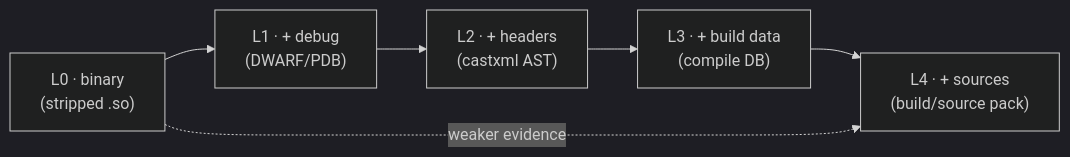
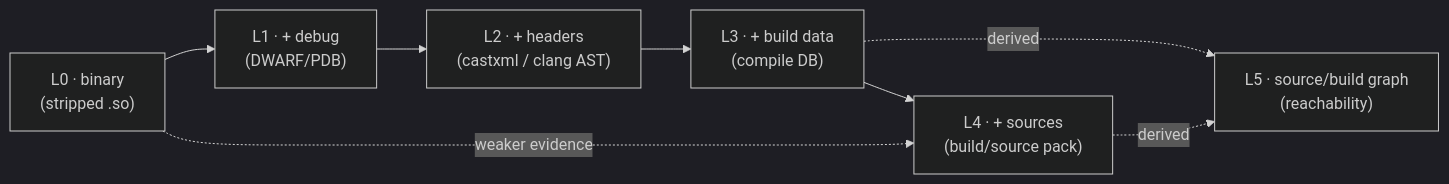
Before and after one commit to abicheck/abicheck: the second of 2 diagrams in docs/concepts/architecture.md, drawn with Mermaid (dark theme). The commit also changed other lines of this file and 6 other files, not shown here.

````diff
--- a/docs/concepts/architecture.md
+++ b/docs/concepts/architecture.md
@@ -78,8 +80,10 @@
 ```mermaid
 flowchart LR
     L0["L0 · binary<br/>(stripped .so)"] --> L1["L1 · + debug<br/>(DWARF/PDB)"]
-    L1 --> L2["L2 · + headers<br/>(castxml AST)"]
+    L1 --> L2["L2 · + headers<br/>(castxml / clang AST)"]
     L2 --> L3["L3 · + build data<br/>(compile DB)"]
     L3 --> L4["L4 · + sources<br/>(build/source pack)"]
+    L3 -.derived.-> L5["L5 · source/build graph<br/>(reachability)"]
+    L4 -.derived.-> L5
     L0 -.weaker evidence.-> L4
 ```
````
